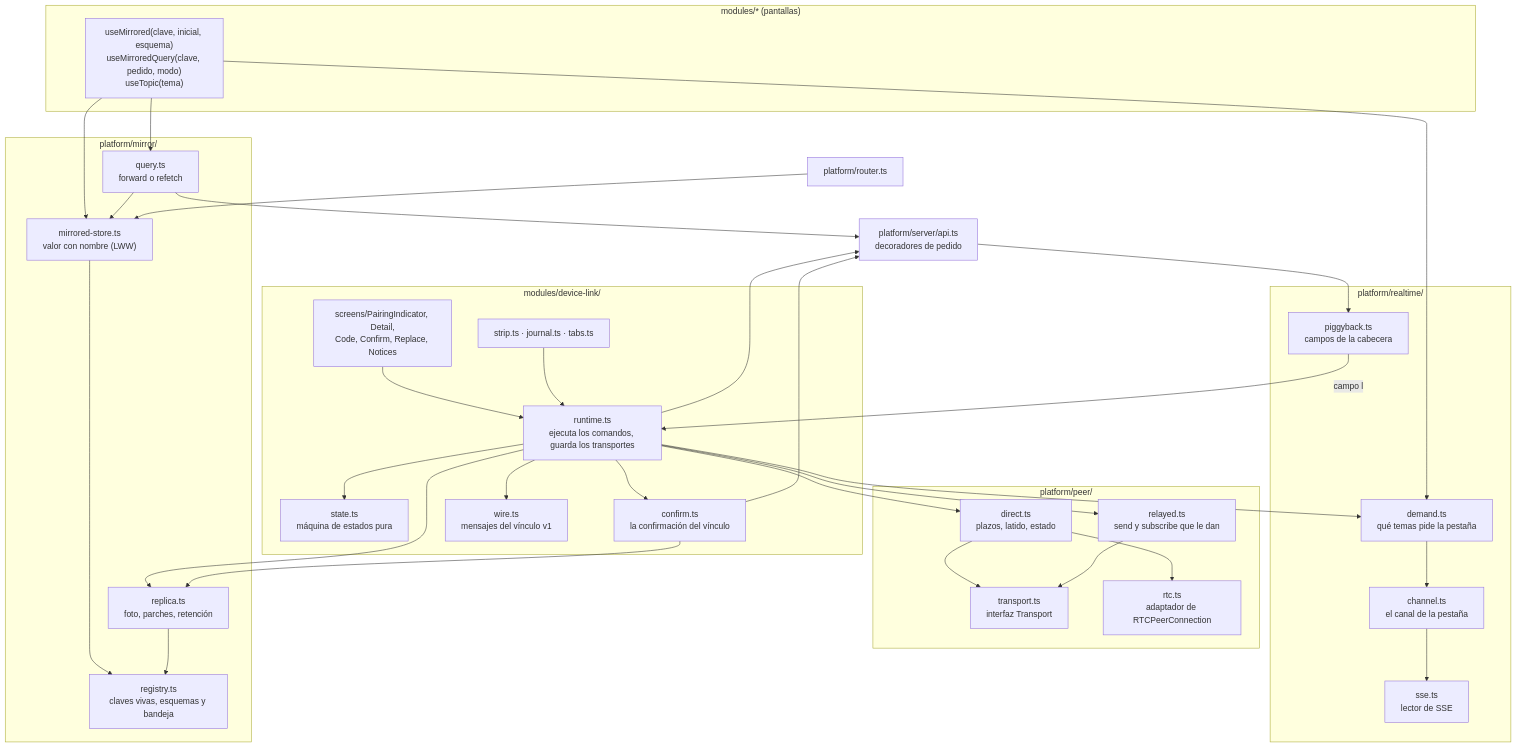
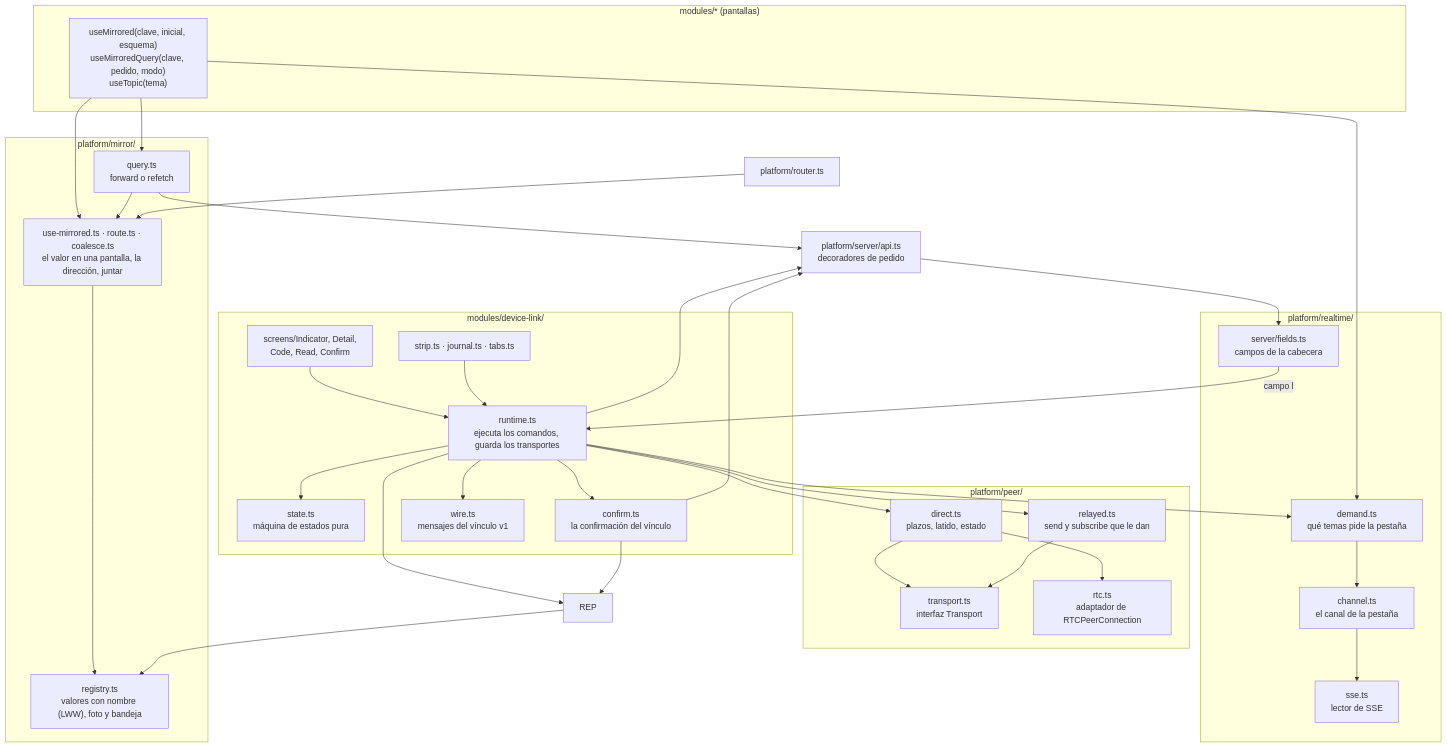
The second of 13 diagrams in docs/technical/modules/device-link.md (carlos-illobre/ferrebress), drawn with Mermaid before and after one commit. The commit also changed other lines of this file and 15 other files, not shown here.

````diff
--- a/docs/technical/modules/device-link.md
+++ b/docs/technical/modules/device-link.md
@@ -146,62 +146,61 @@
 ```mermaid
 flowchart TB
   subgraph screens["modules/* (pantallas)"]
     SCR["useMirrored(clave, inicial, esquema)<br/>useMirroredQuery(clave, pedido, modo)<br/>useTopic(tema)"]
   end
   subgraph dl["modules/device-link/"]
     MACH["state.ts<br/>máquina de estados pura"]
     RUN["runtime.ts<br/>ejecuta los comandos, guarda los transportes"]
     CONF["confirm.ts<br/>la confirmación del vínculo"]
     WIRE["wire.ts<br/>mensajes del vínculo v1"]
-    IND["screens/PairingIndicator, Detail,<br/>Code, Confirm, Replace, Notices"]
+    IND["screens/Indicator, Detail,<br/>Code, Read, Confirm"]
     STRIP["strip.ts · journal.ts · tabs.ts"]
   end
   subgraph mirror["platform/mirror/"]
-    MS["mirrored-store.ts<br/>valor con nombre (LWW)"]
-    REG["registry.ts<br/>claves vivas, esquemas y bandeja"]
+    REG["registry.ts<br/>valores con nombre (LWW), foto y bandeja"]
+    MS["use-mirrored.ts · route.ts · coalesce.ts<br/>el valor en una pantalla, la dirección, juntar"]
     Q["query.ts<br/>forward o refetch"]
-    REP["replica.ts<br/>foto, parches, retención"]
   end
   subgraph peer["platform/peer/"]
     TR["transport.ts<br/>interfaz Transport"]
     DIR["direct.ts<br/>plazos, latido, estado"]
     RTC["rtc.ts<br/>adaptador de RTCPeerConnection"]
     REL["relayed.ts<br/>send y subscribe que le dan"]
   end
   subgraph rt["platform/realtime/"]
     CH["channel.ts<br/>el canal de la pestaña"]
     DEM["demand.ts<br/>qué temas pide la pestaña"]
-    PB["piggyback.ts<br/>campos de la cabecera"]
+    PB["server/fields.ts<br/>campos de la cabecera"]
     SSE["sse.ts<br/>lector de SSE"]
   end
   API["platform/server/api.ts<br/>decoradores de pedido"]
   ROUTER["platform/router.ts"]
 
   SCR --> MS
   SCR --> Q
   SCR --> DEM
   Q --> MS
   Q --> API
   ROUTER --> MS
   MS --> REG
   REP --> REG
   DIR --> TR
   REL --> TR
   DIR --> RTC
   RUN --> MACH
   RUN --> REP
   RUN --> DIR
   RUN --> REL
   RUN --> DEM
   RUN --> API
   RUN --> CONF
   RUN --> WIRE
   CONF --> API
   CONF --> REP
   DEM --> CH
   CH --> SSE
   API --> PB
   PB -- "campo l" --> RUN
   IND --> RUN
   STRIP --> RUN
 ```
````
